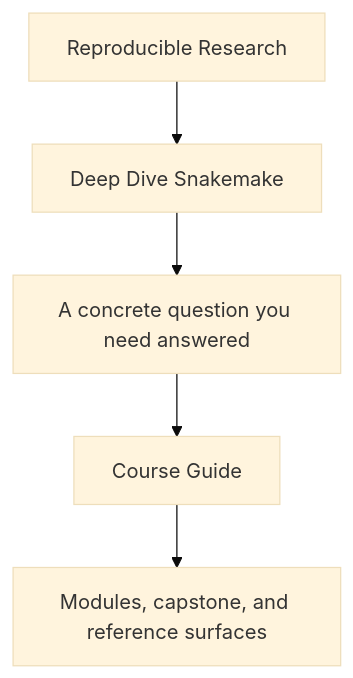
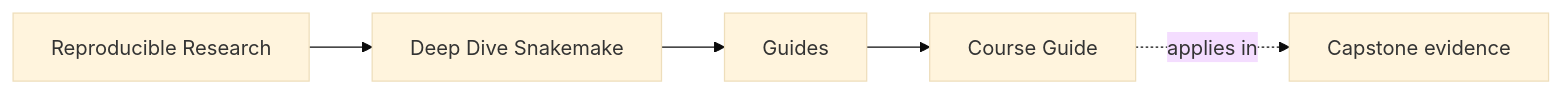
Before and after one commit to bijux/bijux-masterclass: the first of 2 diagrams in programs/reproducible-research/deep-dive-snakemake/course-book/guides/course-guide.md, drawn with Mermaid (base theme). The commit also changed other lines of this file and 149 other files, not shown here.

Commit message:
docs(deep-dive-snakemake): map workflow proof and operations surfaces

````diff
--- a/programs/reproducible-research/deep-dive-snakemake/course-book/guides/course-guide.md
+++ b/programs/reproducible-research/deep-dive-snakemake/course-book/guides/course-guide.md
@@ -6,7 +6,11 @@
 ```mermaid
-flowchart TD
-  family["Reproducible Research"] --> program["Deep Dive Snakemake"]
-  program --> pressure["A concrete question you need answered"]
-  pressure --> guide["Course Guide"]
-  guide --> next["Modules, capstone, and reference surfaces"]
+graph LR
+  family["Reproducible Research"]
+  program["Deep Dive Snakemake"]
+  section["Guides"]
+  page["Course Guide"]
+  capstone["Capstone evidence"]
+
+  family --> program --> section --> page
+  page -.applies in.-> capstone
 ```
````
